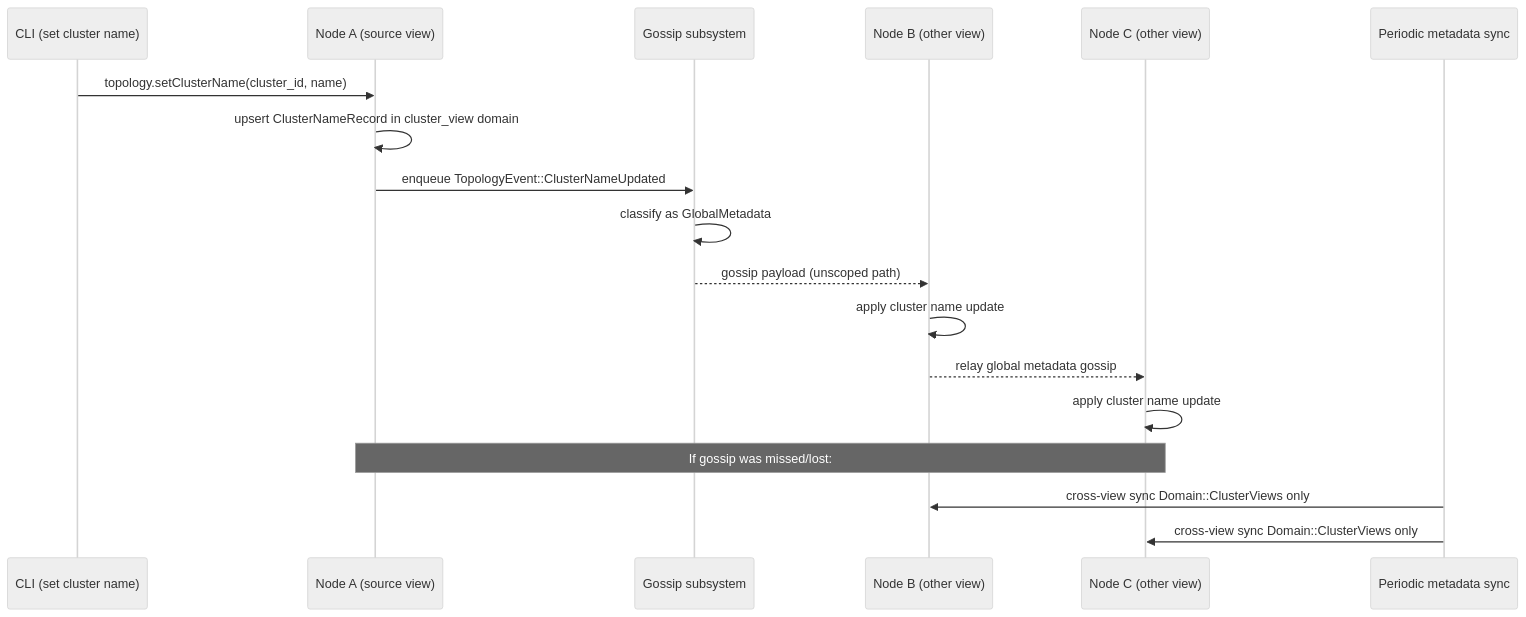
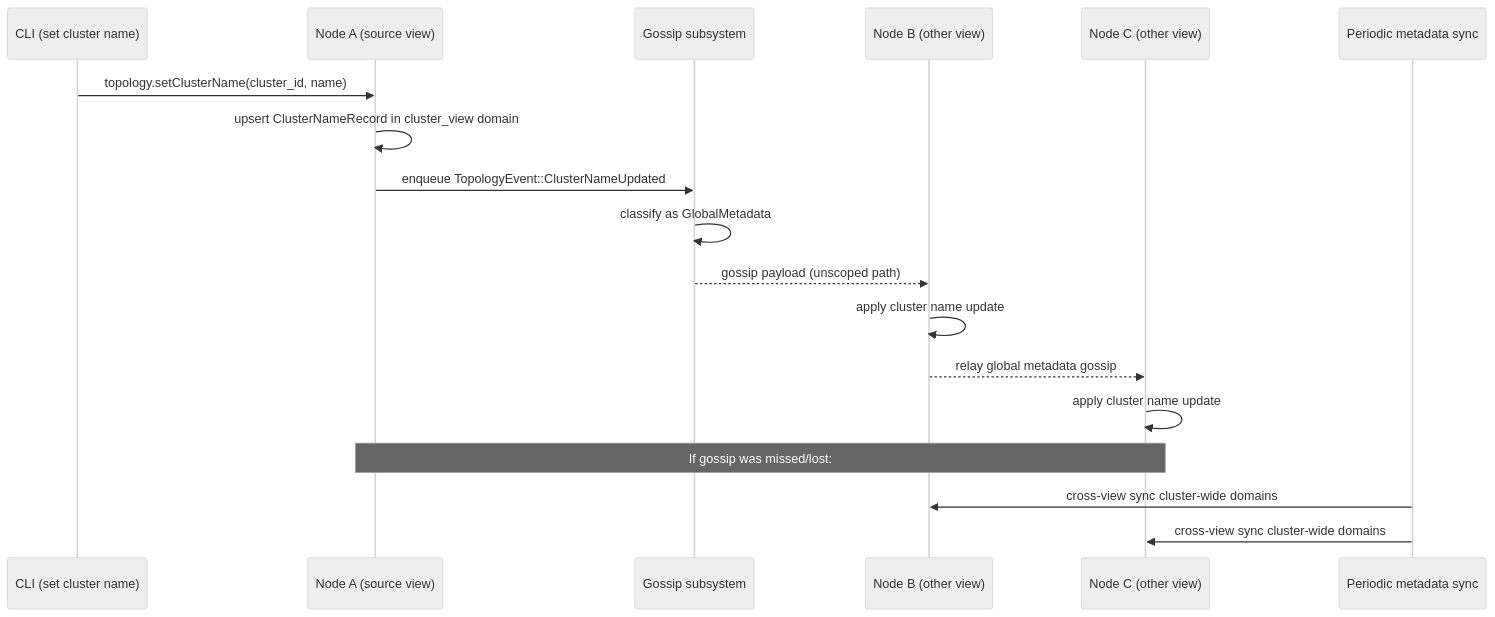
One commit to MantissaLabs/mantissa changed the fourth of 4 diagrams in docs/cluster_view_gossip_sync.md. Above: the diagram before and after it, drawn with Mermaid (neutral theme). The commit also changed other lines of this file and 26 other files, not shown here.

````diff
--- a/docs/cluster_view_gossip_sync.md
+++ b/docs/cluster_view_gossip_sync.md
@@ -177,23 +191,23 @@
 ```mermaid
 sequenceDiagram
     participant CLI as CLI (set cluster name)
     participant A as Node A (source view)
     participant G as Gossip subsystem
     participant B as Node B (other view)
     participant C as Node C (other view)
     participant SY as Periodic metadata sync
 
     CLI->>A: topology.setClusterName(cluster_id, name)
     A->>A: upsert ClusterNameRecord in cluster_view domain
     A->>G: enqueue TopologyEvent::ClusterNameUpdated
 
     G->>G: classify as GlobalMetadata
     G-->>B: gossip payload (unscoped path)
     B->>B: apply cluster name update
     B-->>C: relay global metadata gossip
     C->>C: apply cluster name update
 
     Note over A,C: If gossip was missed/lost:
-    SY->>B: cross-view sync Domain::ClusterViews only
-    SY->>C: cross-view sync Domain::ClusterViews only
+    SY->>B: cross-view sync cluster-wide domains
+    SY->>C: cross-view sync cluster-wide domains
 ```
````
